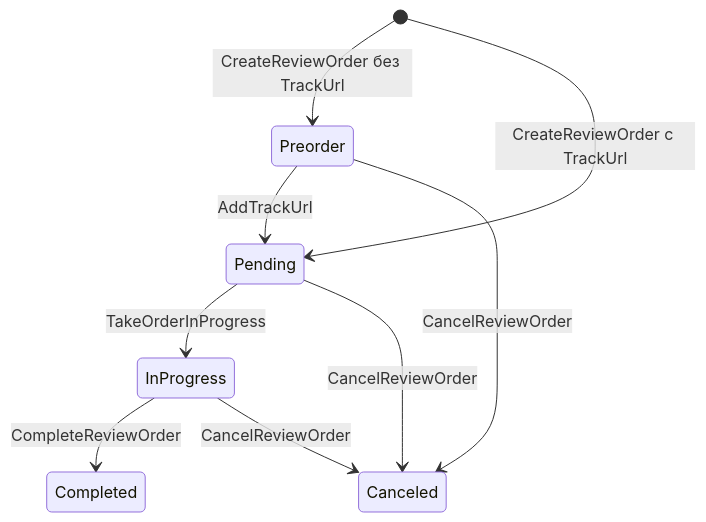
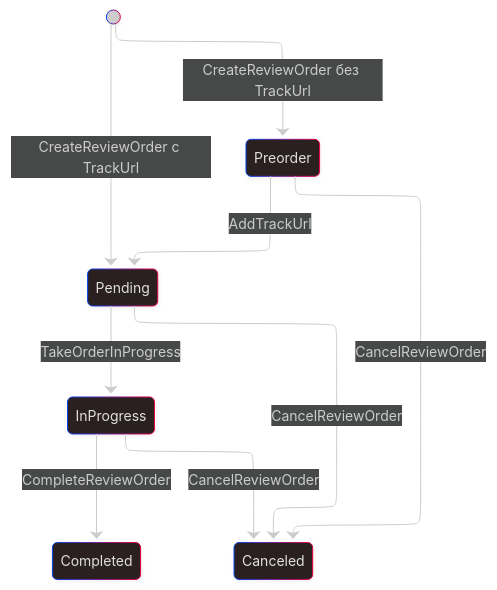
The diagram in backend/use-cases/review-order/review-order-status-graph.md (farymacomposer/webapp), drawn with Mermaid before and after one commit. The commit also changed 1 other file, not shown here.

````diff
--- a/backend/use-cases/review-order/review-order-status-graph.md
+++ b/backend/use-cases/review-order/review-order-status-graph.md
@@ -10,14 +10,18 @@
 ```mermaid
-stateDiagram-v2
-    [*] --> Preorder: CreateReviewOrder без TrackUrl
-    [*] --> Pending: CreateReviewOrder с TrackUrl
-
-    Preorder --> Pending: AddTrackUrl
-
-    Pending --> InProgress: TakeOrderInProgress
-    InProgress --> Completed: CompleteReviewOrder
-
-    Preorder --> Canceled: CancelReviewOrder
-    Pending --> Canceled: CancelReviewOrder
-    InProgress --> Canceled: CancelReviewOrder
+---
+config:
+  layout: elk
+  theme: neo-dark
+  look: neo
+---
+stateDiagram
+  direction TB
+  [*] --> Preorder:CreateReviewOrder без TrackUrl
+  [*] --> Pending:CreateReviewOrder с TrackUrl
+  Preorder --> Pending:AddTrackUrl
+  Pending --> InProgress:TakeOrderInProgress
+  InProgress --> Completed:CompleteReviewOrder
+  Preorder --> Canceled:CancelReviewOrder
+  Pending --> Canceled:CancelReviewOrder
+  InProgress --> Canceled:CancelReviewOrder
 ```
````
